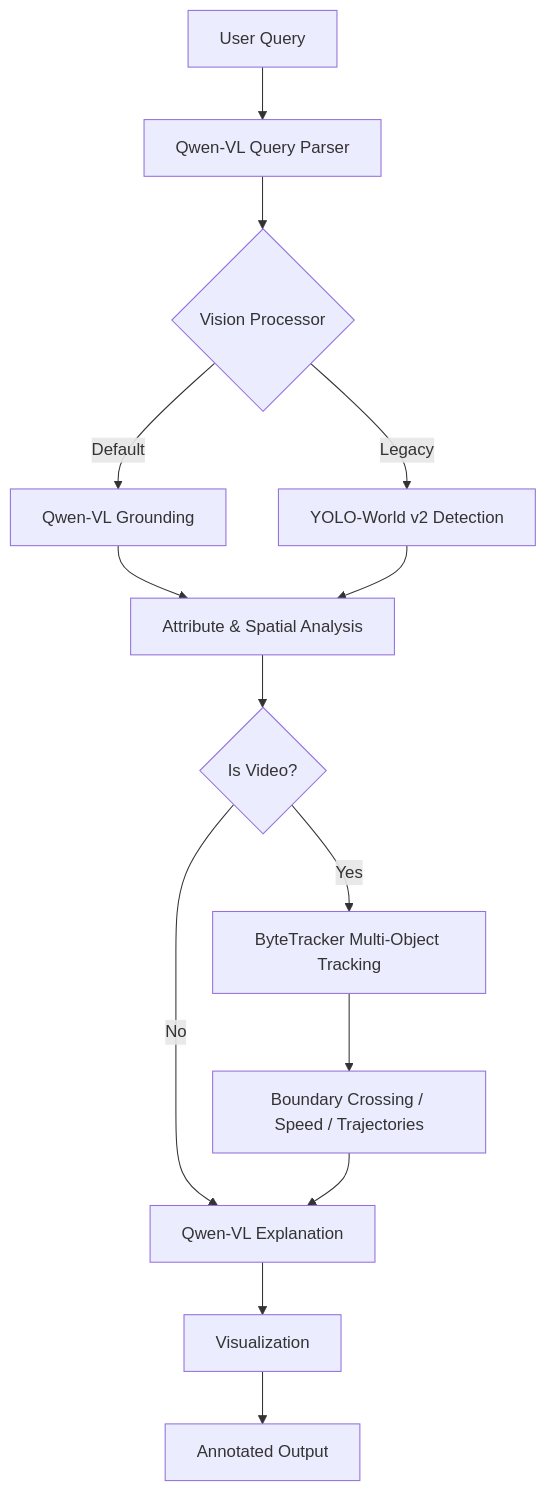
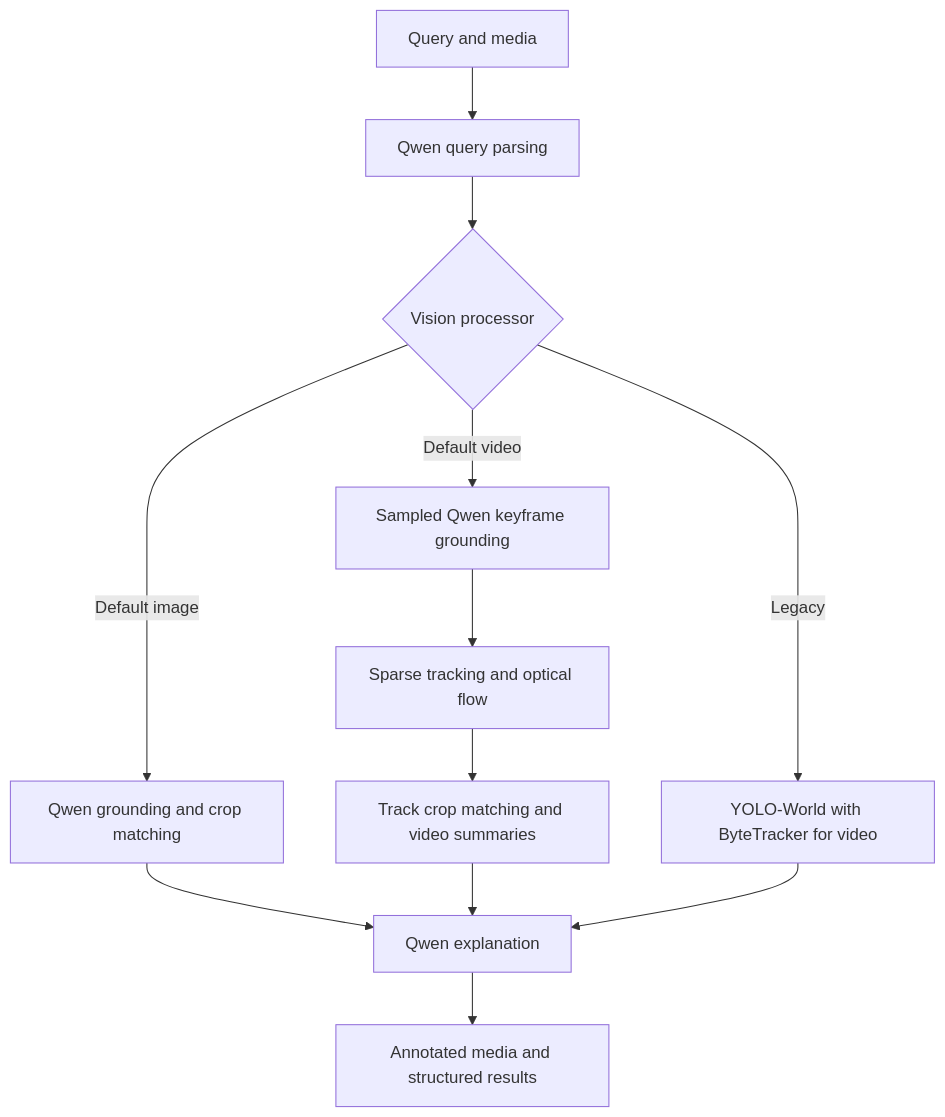
The diagram in README.md (MugheesMehdi07/langvio), drawn with Mermaid before and after one commit. The commit also changed other lines of this file and 4 other files, not shown here.

````diff
--- a/README.md
+++ b/README.md
@@ -244,16 +268,14 @@
 ```mermaid
 graph TD
-    A[User Query] --> B[Qwen-VL Query Parser]
-    B --> C{Vision Processor}
-    C -->|Default| D[Qwen-VL Grounding]
-    C -->|Legacy| E[YOLO-World v2 Detection]
-    D --> F[Attribute &amp; Spatial Analysis]
-    E --> F
-    F --> G{Is Video?}
-    G -->|Yes| H[ByteTracker Multi-Object Tracking]
-    G -->|No| J[Qwen-VL Explanation]
-    H --> I[Boundary Crossing / Speed / Trajectories]
-    I --> J
-    J --> K[Visualization]
-    K --> L[Annotated Output]
+    A[Query and media] --> B[Qwen query parsing]
+    B --> C{Vision processor}
+    C -->|Default image| D[Qwen grounding and crop matching]
+    C -->|Default video| E[Sampled Qwen keyframe grounding]
+    E --> F[Sparse tracking and optical flow]
+    F --> G[Track crop matching and video summaries]
+    C -->|Legacy| H[YOLO-World with ByteTracker for video]
+    D --> I[Qwen explanation]
+    G --> I
+    H --> I
+    I --> J[Annotated media and structured results]
 ```
````
